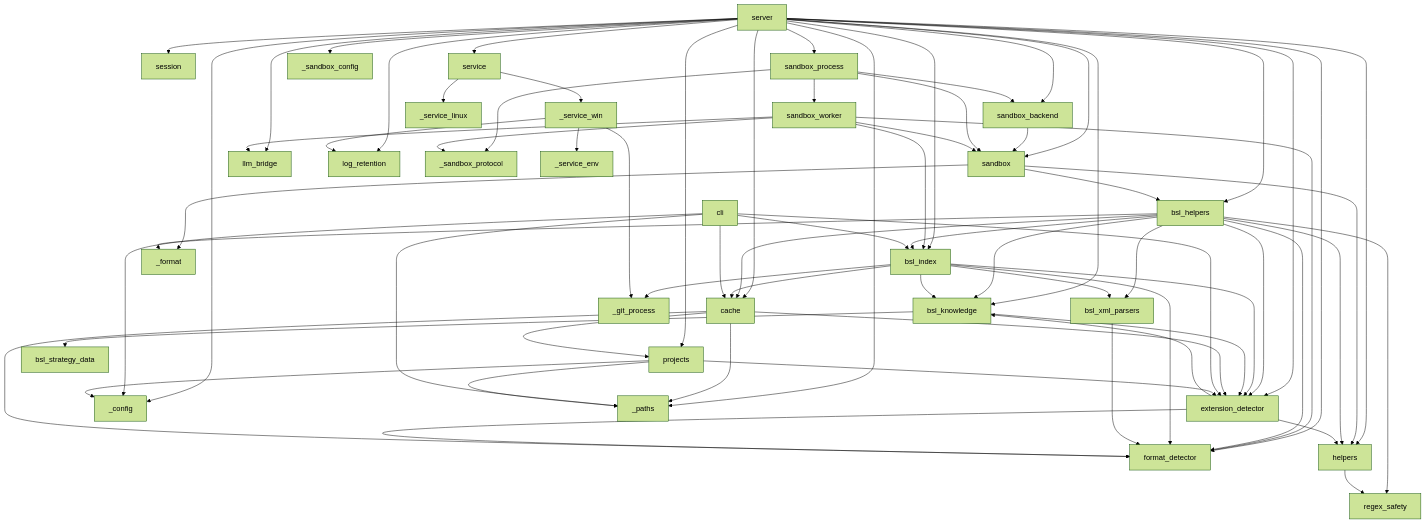
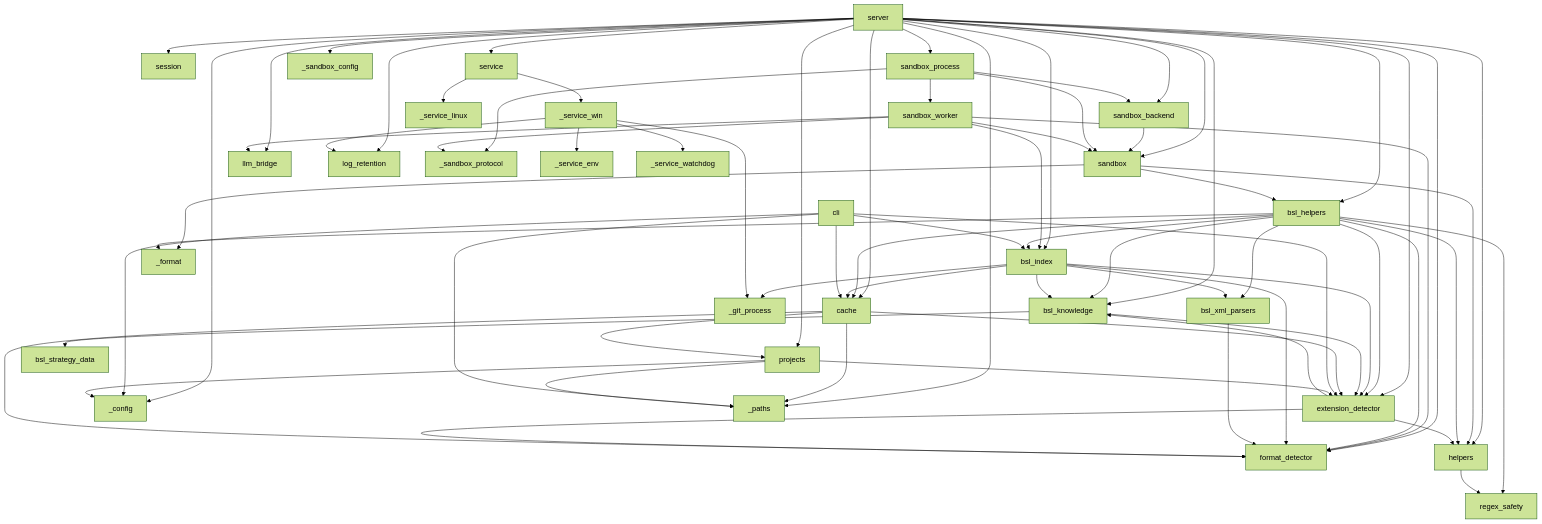
Before and after one commit to Dach-Coin/rlm-tools-bsl: the diagram in docs/MODULE_MAP.md, drawn with Mermaid (forest theme). The commit also changed other lines of this file and 9 other files, not shown here.

````diff
--- a/docs/MODULE_MAP.md
+++ b/docs/MODULE_MAP.md
@@ -165,6 +166,7 @@
     service --> _service_win
     service --> _service_linux
     _service_win --> _service_env
+    _service_win --> _service_watchdog
     _service_win --> log_retention
     _service_win --> _git_process
 ```
````
